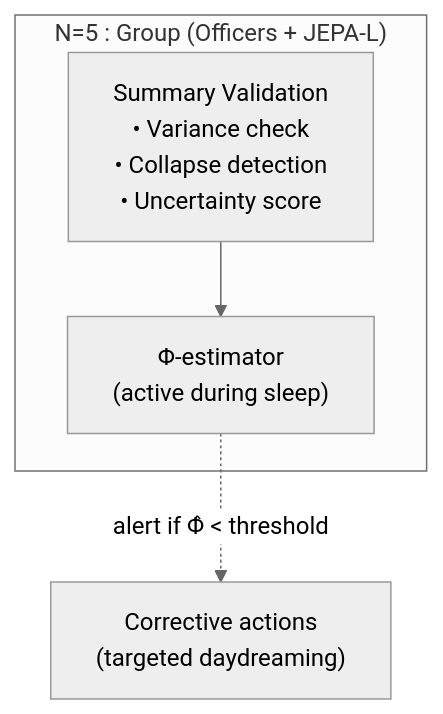
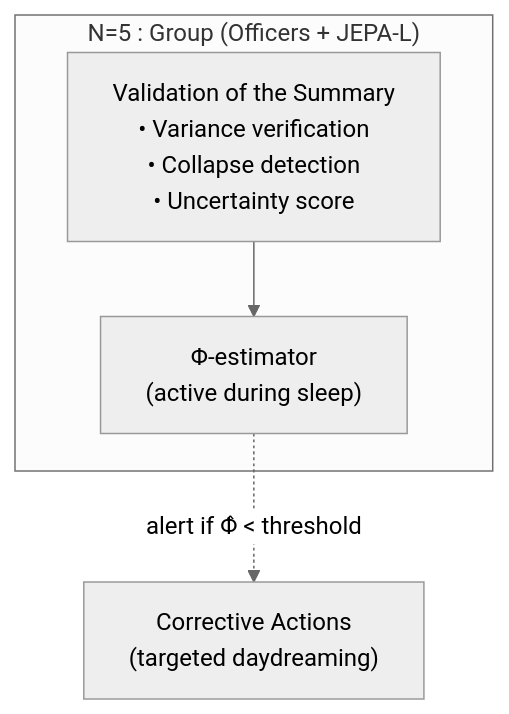
One commit to AlainCo/GNWT-Garrigue-X-en changed the fifth of 7 diagrams in architecture/architecture.md. Above: the diagram before and after it, drawn with Mermaid (neutral theme). The commit also changed other lines of this file and 23 other files, not shown here.

````diff
--- a/architecture/architecture.md
+++ b/architecture/architecture.md
@@ -116,10 +116,10 @@
 ```mermaid
 flowchart TD
     subgraph N5 ["N=5 : Group (Officers + JEPA-L)"]
-        V5["Summary Validation<br>• Variance check<br>• Collapse detection<br>• Uncertainty score"]
+        V5["Validation of the Summary<br>• Variance verification<br>• Collapse detection<br>• Uncertainty score"]
         PHI["Φ-estimator<br>(active during sleep)"]
     end
 
     V5 --> PHI
-    PHI -.->|"alert if Φ̂ < threshold"| Actions["Corrective actions<br>(targeted daydreaming)"]
+    PHI -.->|"alert if Φ̂ < threshold"| Actions["Corrective Actions<br>(targeted daydreaming)"]
 ```
````
